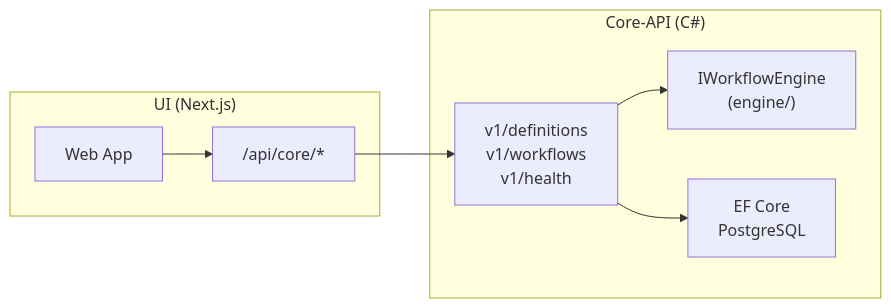
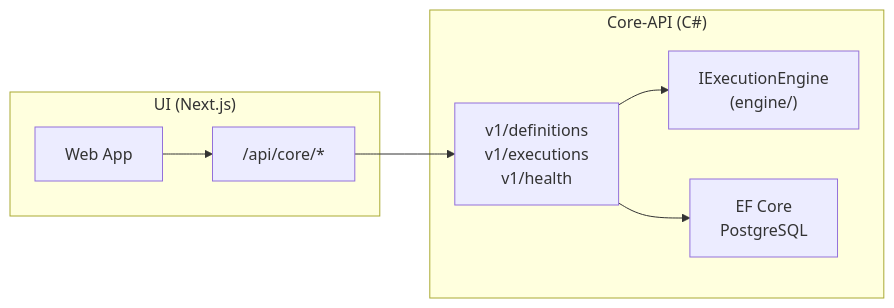
Before and after one commit to MichiharuShiba/statevia: the diagram in docs/statevia-architecture.md, drawn with Mermaid. The commit also changed other lines of this file and 9 other files, not shown here.

Commit message:
実行関連の命名を統一し、ドキュメントやコードを修正。`workflows`を`executions`に変更し、API契約やデータベーススキーマに反映。

````diff
--- a/docs/statevia-architecture.md
+++ b/docs/statevia-architecture.md
@@ -24,18 +26,18 @@
 ```mermaid
 flowchart LR
   subgraph UI["UI (Next.js)"]
     Web["Web App"]
     Proxy["/api/core/*"]
   end
 
   subgraph API["Core-API (C#)"]
-    Controllers["v1/definitions<br>v1/workflows<br>v1/health"]
-    EngineRef["IWorkflowEngine<br>(engine/)"]
+    Controllers["v1/definitions<br>v1/executions<br>v1/health"]
+    EngineRef["IExecutionEngine<br>(engine/)"]
     Db["EF Core<br>PostgreSQL"]
   end
 
   Web --> Proxy
   Proxy --> Controllers
   Controllers --> EngineRef
   Controllers --> Db
 ```
````
